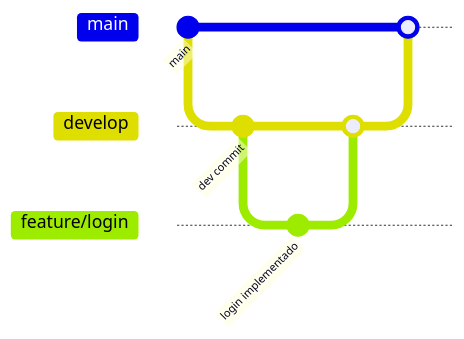
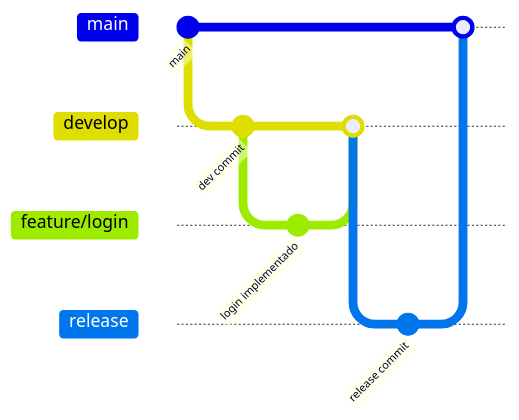
One commit to WEBcko/iris-frontend changed the diagram in README.md. Above: the diagram before and after it, drawn with Mermaid. The commit also changed other lines of this file, not shown here.

````diff
--- a/README.md
+++ b/README.md
@@ -18,12 +19,17 @@
 ```mermaid
 gitGraph
    commit id: "main"
    branch develop
+   checkout develop
    commit id: "dev commit"
    branch feature/login
+   checkout feature/login
    commit id: "login implementado"
    checkout develop
    merge feature/login
+   branch release
+   checkout release
+   commit id: "release commit"
    checkout main
-   merge develop
+   merge release
 ```
````
